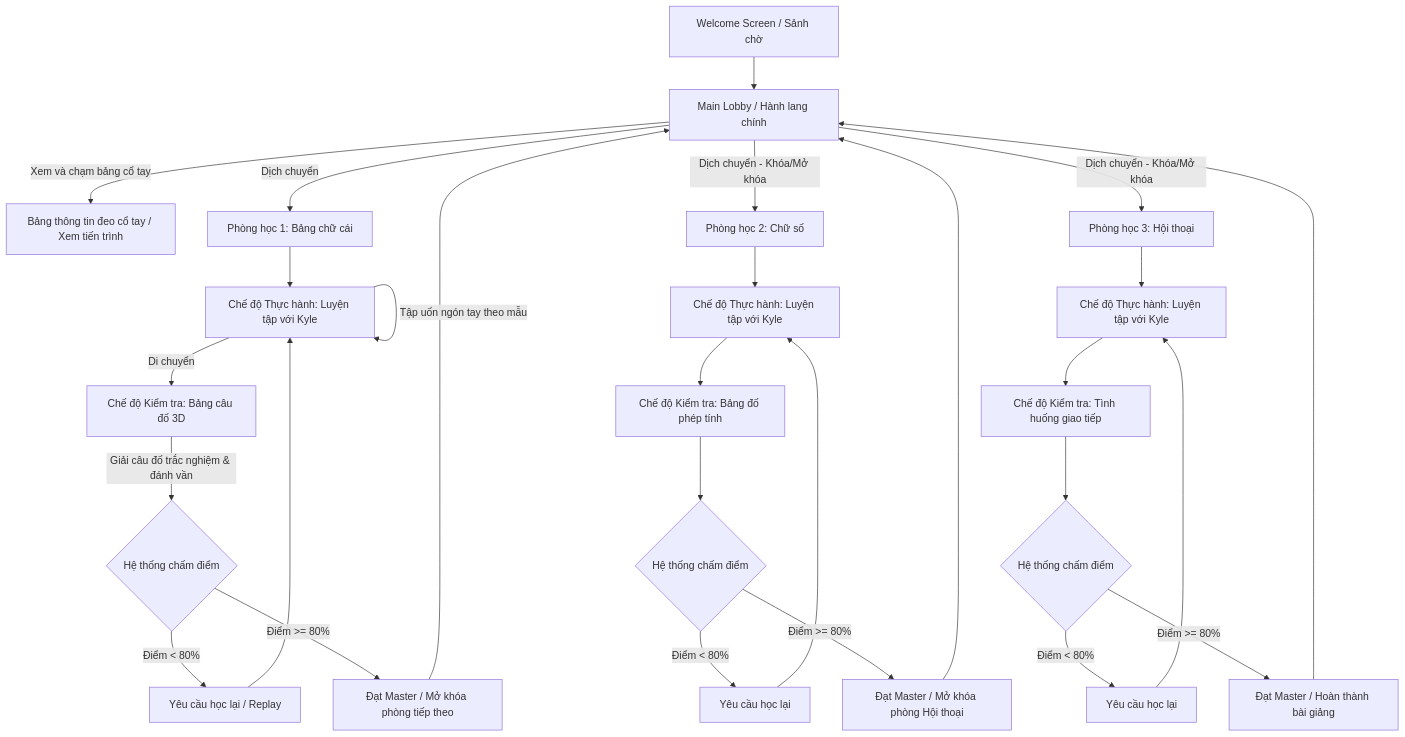
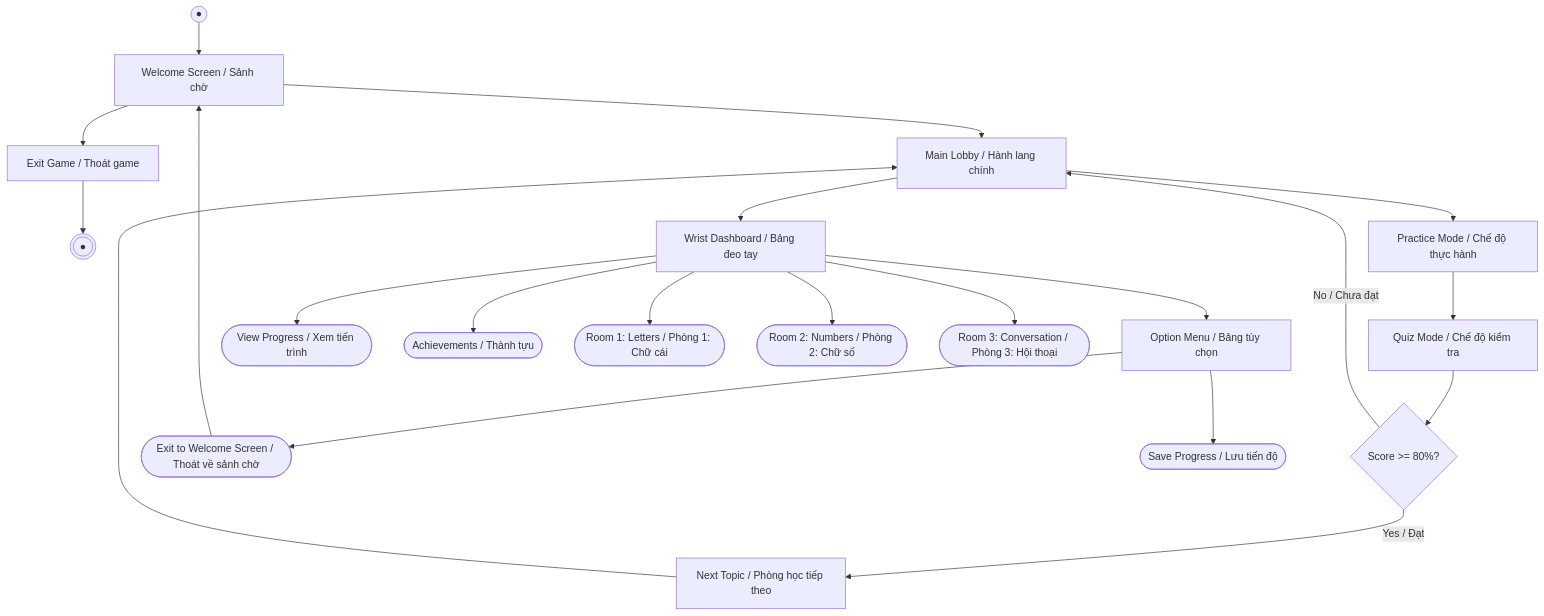
One commit to MinhTrinh04/ASL changed the diagram in docs/DATN/11-Chương_4_Phân_tích_thiết_kế_triển_khai_và_đánh_giá.md. Above: the diagram before and after it, drawn with Mermaid.

Commit message:
fix: resolve Mermaid diagram syntax error in Chapter 4

````diff
--- a/docs/DATN/11-Chương_4_Phân_tích_thiết_kế_triển_khai_và_đánh_giá.md
+++ b/docs/DATN/11-Chương_4_Phân_tích_thiết_kế_triển_khai_và_đánh_giá.md
@@ -39,33 +39,34 @@
 ```mermaid
-graph TD
-    A[Welcome Screen / Sảnh chờ] --> B[Main Lobby / Hành lang chính]
-    B -->|Xem và chạm bảng cổ tay| C[Bảng thông tin đeo cổ tay / Xem tiến trình]
-    B -->|Dịch chuyển| D[Phòng học 1: Bảng chữ cái]
-    B -->|Dịch chuyển - Khóa/Mở khóa| E[Phòng học 2: Chữ số]
-    B -->|Dịch chuyển - Khóa/Mở khóa| F[Phòng học 3: Hội thoại]
+flowchart TD
+    StartNode((●)) --> Welcome[Welcome Screen / Sảnh chờ]
+    Welcome --> Exit[Exit Game / Thoát game]
+    Exit --> EndNode(((●)))
 
-    D --> D1[Chế độ Thực hành: Luyện tập với Kyle]
-    D1 -->|Tập uốn ngón tay theo mẫu| D1
-    D1 -->|Di chuyển| D2[Chế độ Kiểm tra: Bảng câu đố 3D]
-    D2 -->|Giải câu đố trắc nghiệm & đánh vần| D3{Hệ thống chấm điểm}
-    D3 -->|Điểm < 80%| D4[Yêu cầu học lại / Replay]
-    D4 --> D1
-    D3 -->|Điểm >= 80%| D5[Đạt Master / Mở khóa phòng tiếp theo]
-    D5 --> B
+    Welcome --> Lobby[Main Lobby / Hành lang chính]
+    Lobby --> Practice[Practice Mode / Chế độ thực hành]
+    Practice --> Quiz[Quiz Mode / Chế độ kiểm tra]
+    Quiz --> Clear{"Score >= 80%?"}
 
-    E --> E1[Chế độ Thực hành: Luyện tập với Kyle]
-    E1 --> E2[Chế độ Kiểm tra: Bảng đố phép tính]
-    E2 --> E3{Hệ thống chấm điểm}
-    E3 -->|Điểm < 80%| E4[Yêu cầu học lại]
-    E4 --> E1
-    E3 -->|Điểm >= 80%| E5[Đạt Master / Mở khóa phòng Hội thoại]
-    E5 --> B
+    Clear -->|No / Chưa đạt| Lobby
+    Clear -->|Yes / Đạt| NextTopic[Next Topic / Phòng học tiếp theo]
+    NextTopic --> Lobby
 
-    F --> F1[Chế độ Thực hành: Luyện tập với Kyle]
-    F1 --> F2[Chế độ Kiểm tra: Tình huống giao tiếp]
-    F2 --> F3{Hệ thống chấm điểm}
-    F3 -->|Điểm < 80%| F4[Yêu cầu học lại]
-    F4 --> F1
-    F3 -->|Điểm >= 80%| F5[Đạt Master / Hoàn thành bài giảng]
-    F5 --> B
+    Lobby --> Wrist[Wrist Dashboard / Bảng đeo tay]
+    Wrist --> Option[Option Menu / Bảng tùy chọn]
+    Wrist --> ViewProgress([View Progress / Xem tiến trình])
+    Wrist --> Achievements([Achievements / Thành tựu])
+    Wrist --> Room1([Room 1: Letters / Phòng 1: Chữ cái])
+    Wrist --> Room2([Room 2: Numbers / Phòng 2: Chữ số])
+    Wrist --> Room3([Room 3: Conversation / Phòng 3: Hội thoại])
+
+    Option --> ExitWelcome([Exit to Welcome Screen / Thoát về sảnh chờ])
+    Option --> SaveProgress([Save Progress / Lưu tiến độ])
+    ExitWelcome --> Welcome
+
+
+    class StartNode,EndNode startEnd;
+    class Welcome,Lobby,Practice,Quiz,NextTopic greenNode;
+    class Exit,Wrist,Option redNode;
+    class Clear decisionNode;
+    class ViewProgress,Achievements,Room1,Room2,Room3,ExitWelcome,SaveProgress ellipseNode;
 ```
````
